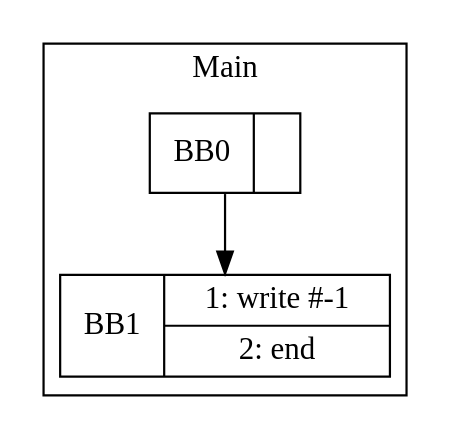
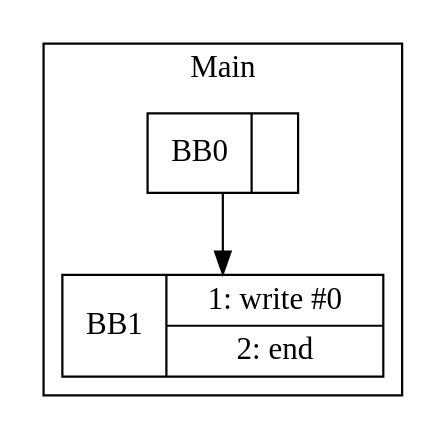
One commit to zjc664656505/UCI-CS241-Advanced-Compiler-main changed the diagram in visualization/Simon/use_before_initialize.gv. Above: the diagram before and after it, drawn with Graphviz. The commit also changed 35 other files, not shown here.

```diff
--- a/visualization/Simon/use_before_initialize.gv
+++ b/visualization/Simon/use_before_initialize.gv
@@ -1,9 +1,9 @@
 digraph G {
 node [shape=record];
 subgraph cluster_main{
 label = "Main";
 BB0 [shape=record, label="<b>BB0|}"];
-BB1 [shape=record, label="<b>BB1|{1: write #-1|2: end}"];
+BB1 [shape=record, label="<b>BB1|{1: write #0|2: end}"];
 }
 BB0:s -> BB1:n ;
 }
```
